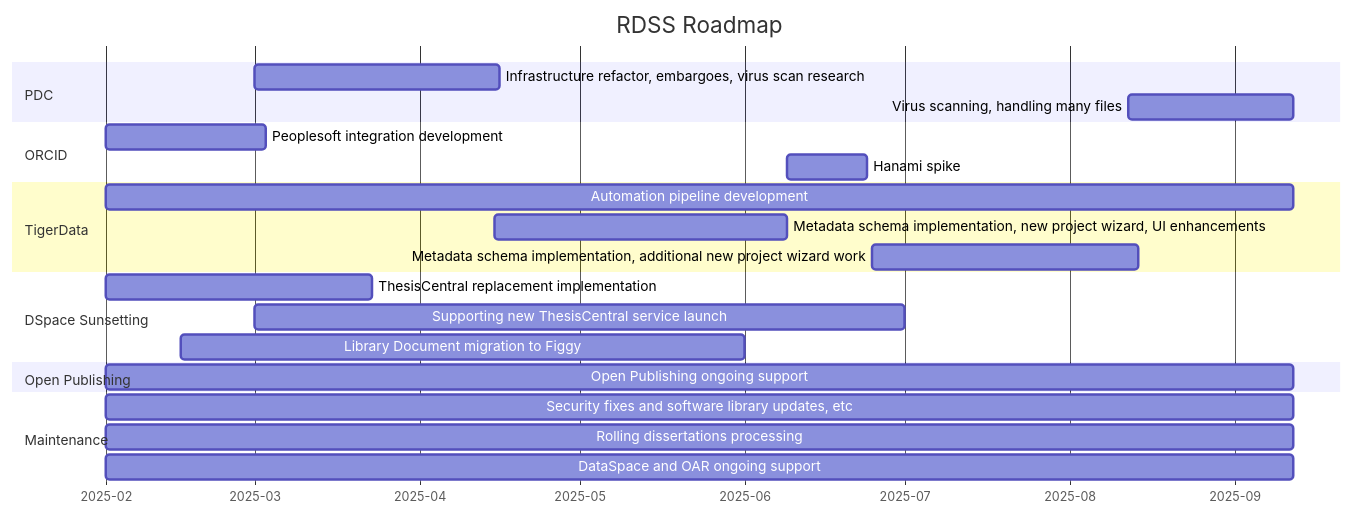
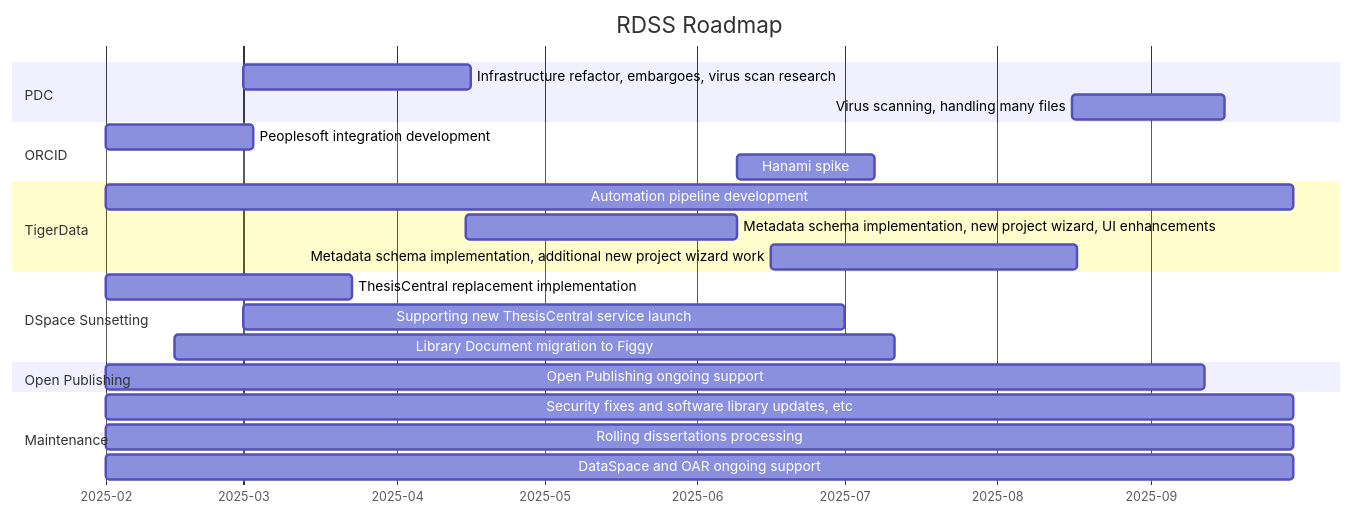
Before and after one commit to pulibrary/rdss-handbook: the diagram in roadmap.md, drawn with Mermaid.

Commit message:
Updated roadmap per sprint wrap-up

````diff
--- a/roadmap.md
+++ b/roadmap.md
@@ -5,26 +5,26 @@
 ```mermaid
 gantt
     title RDSS Roadmap
     axisFormat  %Y-%m
     dateformat YYYY-MM
     section PDC
     Infrastructure refactor, embargoes, virus scan research: pd3, 2025-03-01, 46d
-    Virus scanning, handling many files: pd5, 2025-08-12, 31d
+    Virus scanning, handling many files: pd5, 2025-08-16, 31d
     section ORCID
     Peoplesoft integration development: or1,2025-02-01,30d
-    Hanami spike: 2025-06-09, 15d
+    Hanami spike: 2025-06-09, 28d
     section TigerData
-    Automation pipeline development: td3,2025-02-01,223d 
+    Automation pipeline development: td3,2025-02-01,241d 
     Metadata schema implementation, new project wizard, UI enhancements: td4, 2025-04-15,55d
-    Metadata schema implementation, additional new project wizard work: td5, 2025-06-25,50d
+    Metadata schema implementation, additional new project wizard work: td5, 2025-06-16,62d
     section DSpace Sunsetting
     ThesisCentral replacement implementation: dsps1,2025-02-01,50d
     Supporting new ThesisCentral service launch: dsps2,2025-03-01,122d
-    Library Document migration to Figgy: dsps3,2025-02-15,106d
+    Library Document migration to Figgy: dsps3,2025-02-15,146d
     section Open Publishing
     Open Publishing ongoing support: dsp3,2025-02-01,223d
     section Maintenance
-    Security fixes and software library updates, etc: dsp1,2025-02-01,223d
-    Rolling dissertations processing: dsp2,2025-02-01,223d
-    DataSpace and OAR ongoing support: dsp3,2025-02-01,223d
+    Security fixes and software library updates, etc: dsp1,2025-02-01,241d
+    Rolling dissertations processing: dsp2,2025-02-01,241d
+    DataSpace and OAR ongoing support: dsp3,2025-02-01,241d
 ```
````
